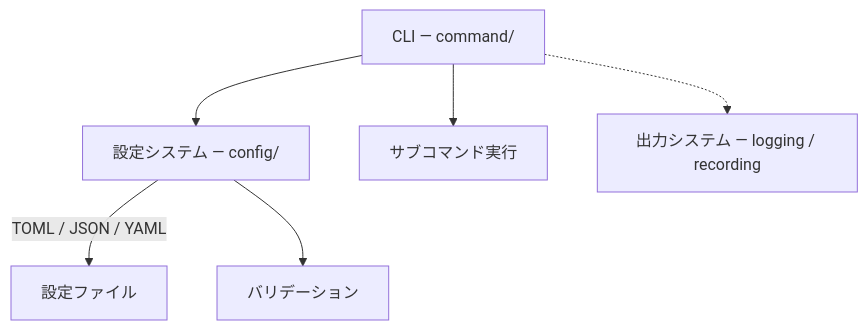
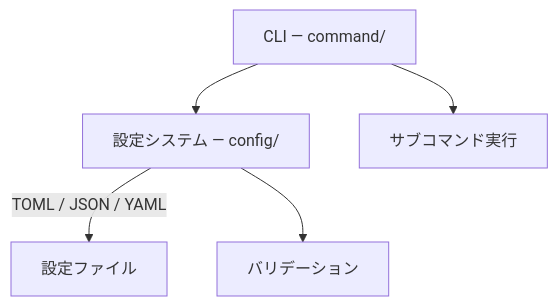
One commit to mkiyooka/cliconf changed the diagram in README.md. Above: the diagram before and after it, drawn with Mermaid. The commit also changed other lines of this file and 21 other files, not shown here.

````diff
--- a/README.md
+++ b/README.md
@@ -166,8 +165,7 @@
 ```mermaid
 flowchart TD
     CLI["CLI — command/"] --> Config["設定システム — config/"]
     CLI --> Exec["サブコマンド実行"]
     Config --> |"TOML / JSON / YAML"| Files["設定ファイル"]
     Config --> Validate["バリデーション"]
-    CLI -.-> Output["出力システム — logging / recording"]
 ```
````
